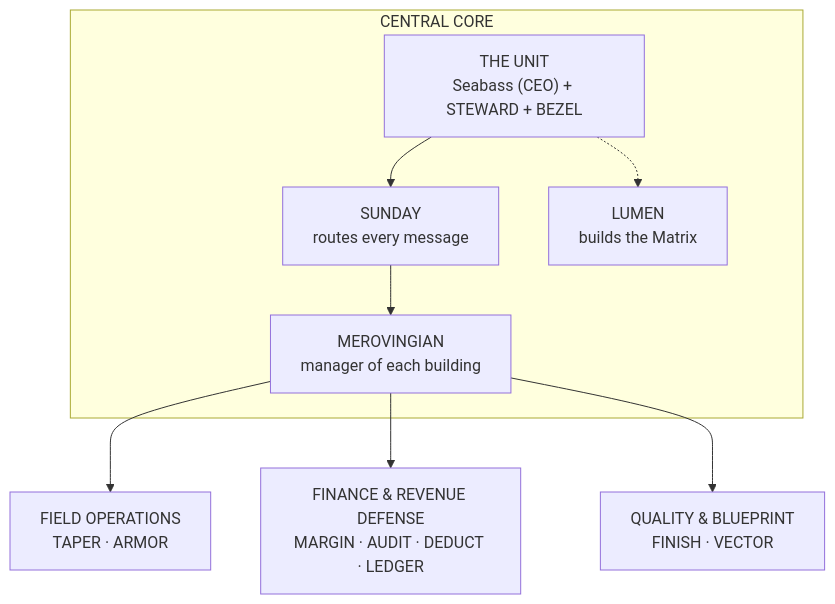
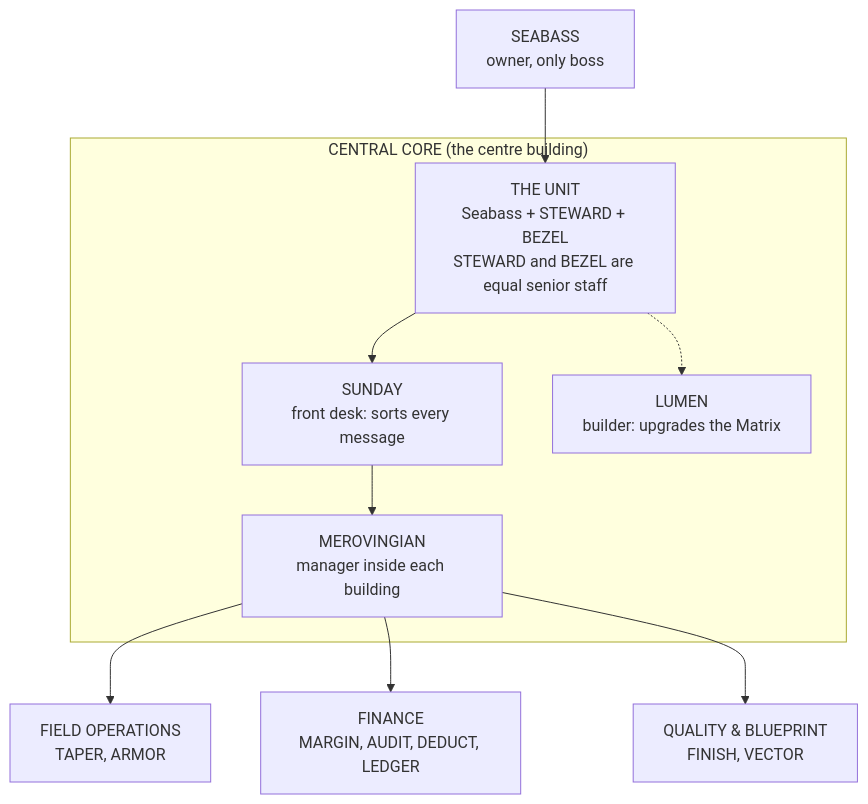
Before and after one commit to seabasskrahn/cross-coat-matrix: the diagram in docs/MIND_MAP_SIMPLE.md, drawn with Mermaid. The commit also changed other lines of this file and 1 other file, not shown here.

Commit message:
Simple map rewritten as a plain-language briefing; timeline gets a note for AI readers

````diff
--- a/docs/MIND_MAP_SIMPLE.md
+++ b/docs/MIND_MAP_SIMPLE.md
@@ -5,16 +17,17 @@
 ```mermaid
 flowchart TD
-    subgraph CORE["CENTRAL CORE"]
-        UNIT["THE UNIT<br/>Seabass (CEO) + STEWARD + BEZEL"]
-        SUN["SUNDAY<br/>routes every message"]
-        LUM["LUMEN<br/>builds the Matrix"]
-        MER["MEROVINGIAN<br/>manager of each building"]
-        UNIT --> SUN
-        UNIT -.-> LUM
-        SUN --> MER
+    S["SEABASS<br/>owner, only boss"]
+    subgraph CORE["CENTRAL CORE (the centre building)"]
+        UNIT["THE UNIT<br/>Seabass + STEWARD + BEZEL<br/>STEWARD and BEZEL are equal senior staff"]
+        SUN["SUNDAY<br/>front desk: sorts every message"]
+        LUM["LUMEN<br/>builder: upgrades the Matrix"]
+        MER["MEROVINGIAN<br/>manager inside each building"]
     end
-
-    MER --> FIELD["FIELD OPERATIONS<br/>TAPER · ARMOR"]
-    MER --> MONEY["FINANCE & REVENUE DEFENSE<br/>MARGIN · AUDIT · DEDUCT · LEDGER"]
-    MER --> QUAL["QUALITY & BLUEPRINT<br/>FINISH · VECTOR"]
+    S --> UNIT
+    UNIT --> SUN
+    UNIT -.-> LUM
+    SUN --> MER
+    MER --> FIELD["FIELD OPERATIONS<br/>TAPER, ARMOR"]
+    MER --> MONEY["FINANCE<br/>MARGIN, AUDIT, DEDUCT, LEDGER"]
+    MER --> QUAL["QUALITY & BLUEPRINT<br/>FINISH, VECTOR"]
 ```
````
